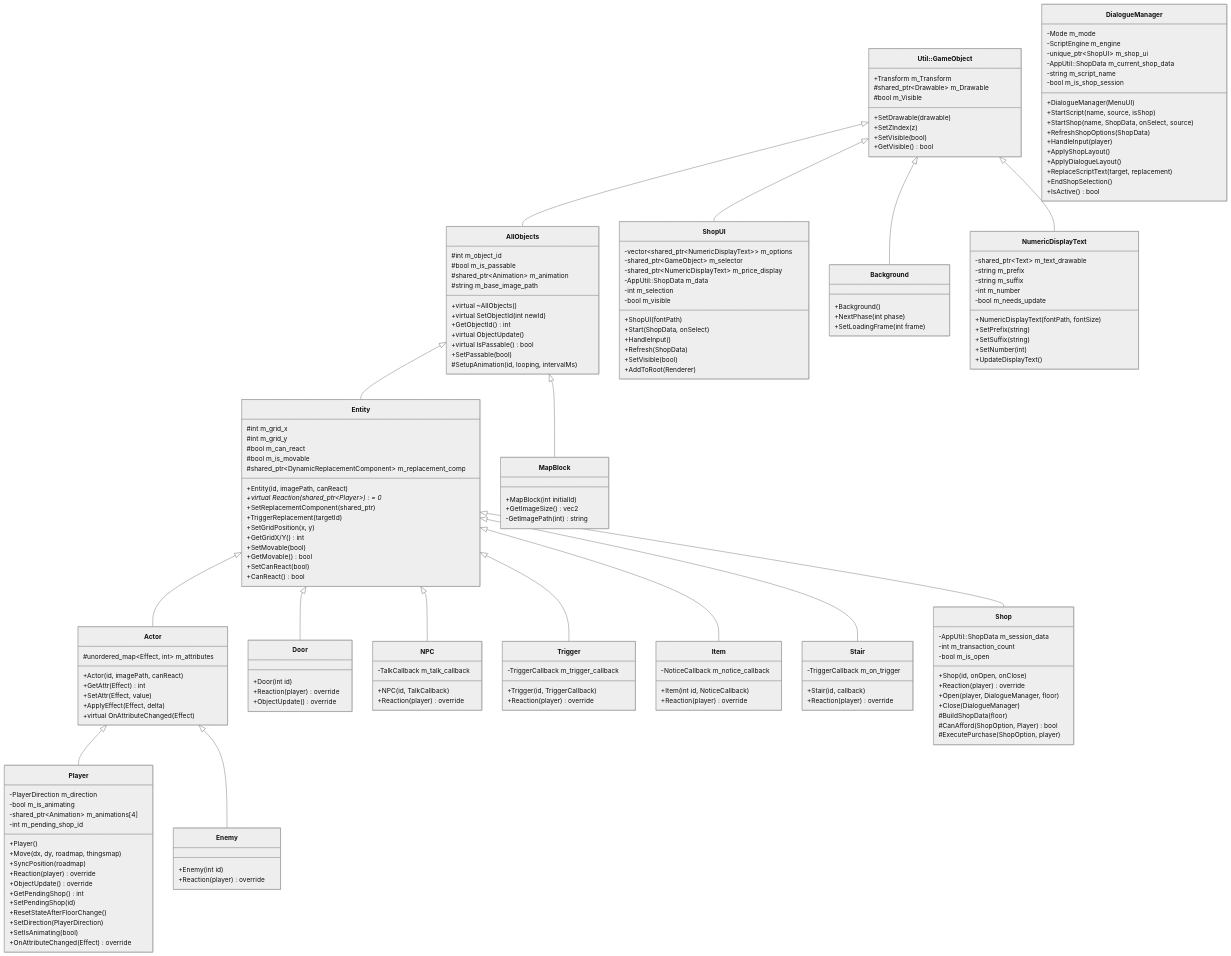
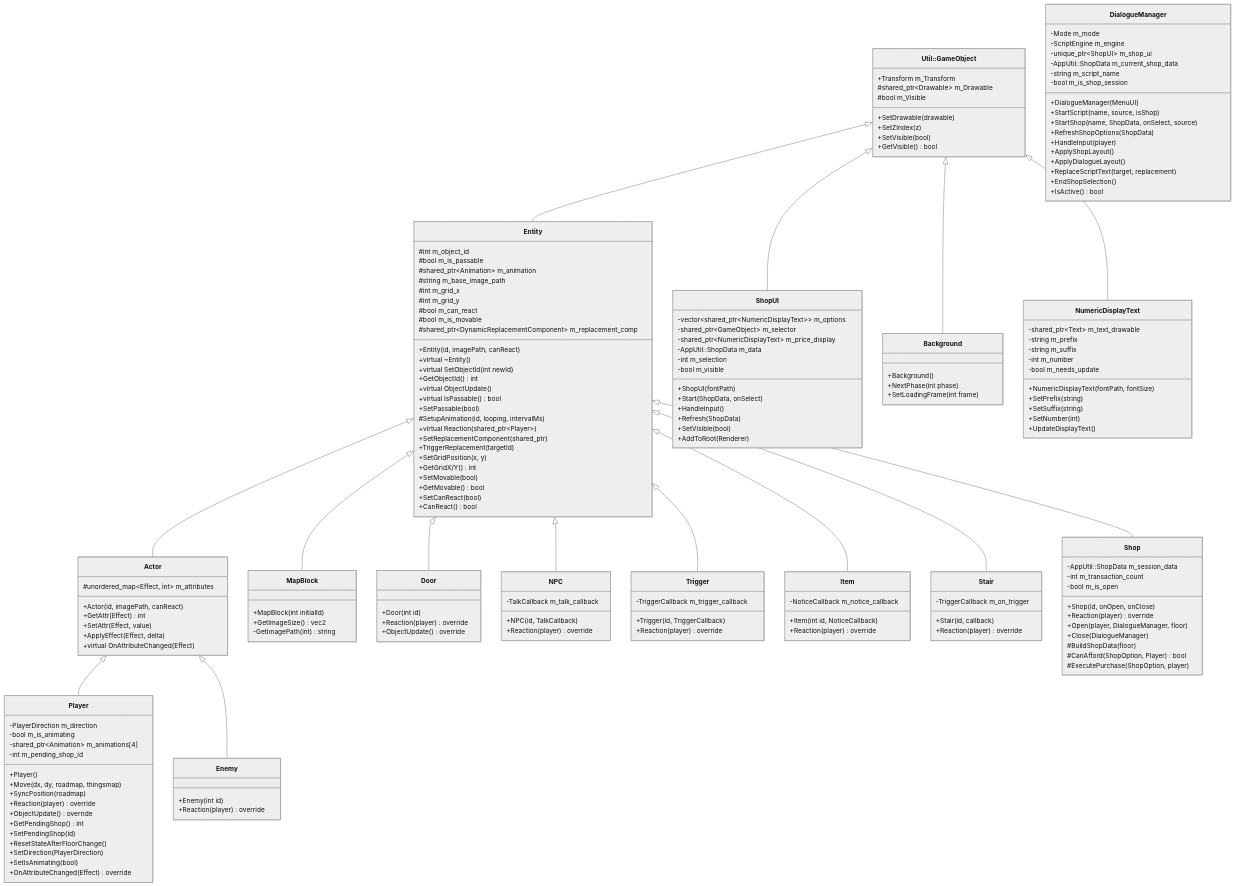
One commit to XWJWPIY/schoolwork_recreate_magic_tower changed the first of 4 diagrams in Constructure.md. Above: the diagram before and after it, drawn with Mermaid (neutral theme). The commit also changed other lines of this file and 10 other files, not shown here.

Commit message:
refactor: merge AllObjects into Entity and unify object hierarchy

```diff
--- a/Constructure.md
+++ b/Constructure.md
@@ -16,18 +16,33 @@
         +GetVisible() bool
     }
 
-    class AllObjects {
+    class Entity {
         #int m_object_id
         #bool m_is_passable
         #shared_ptr~Animation~ m_animation
         #string m_base_image_path
-        +virtual ~AllObjects()
+        #int m_grid_x
+        #int m_grid_y
+        #bool m_can_react
+        #bool m_is_movable
+        #shared_ptr~DynamicReplacementComponent~ m_replacement_comp
+        +Entity(id, imagePath, canReact)
+        +virtual ~Entity()
         +virtual SetObjectId(int newId)
         +GetObjectId() int
         +virtual ObjectUpdate()
         +virtual IsPassable() bool
         +SetPassable(bool)
         #SetupAnimation(id, looping, intervalMs)
+        +virtual Reaction(shared_ptr~Player~)
+        +SetReplacementComponent(shared_ptr)
+        +TriggerReplacement(targetId)
+        +SetGridPosition(x, y)
+        +GetGridX/Y() int
+        +SetMovable(bool)
+        +GetMovable() bool
+        +SetCanReact(bool)
+        +CanReact() bool
     }
 
     class DialogueManager {
@@ -64,23 +79,6 @@
         +AddToRoot(Renderer)
     }
 
-    class Entity {
-        #int m_grid_x
-        #int m_grid_y
-        #bool m_can_react
-        #bool m_is_movable
-        #shared_ptr~DynamicReplacementComponent~ m_replacement_comp
-        +Entity(id, imagePath, canReact)
-        +virtual Reaction(shared_ptr~Player~) = 0*
-        +SetReplacementComponent(shared_ptr)
-        +TriggerReplacement(targetId)
-        +SetGridPosition(x, y)
-        +GetGridX/Y() int
-        +SetMovable(bool)
-        +GetMovable() bool
-        +SetCanReact(bool)
-        +CanReact() bool
-    }
 
     class Actor {
         #unordered_map~Effect, int~ m_attributes
@@ -183,11 +181,10 @@
     }
 
     %% ── 繼承關係 ──
-    GameObject <|-- AllObjects
+    GameObject <|-- Entity
     GameObject <|-- Background
     GameObject <|-- NumericDisplayText
-    AllObjects <|-- MapBlock
-    AllObjects <|-- Entity
+    Entity <|-- MapBlock
     Entity <|-- Door
     Entity <|-- NPC
     Entity <|-- Item
```
